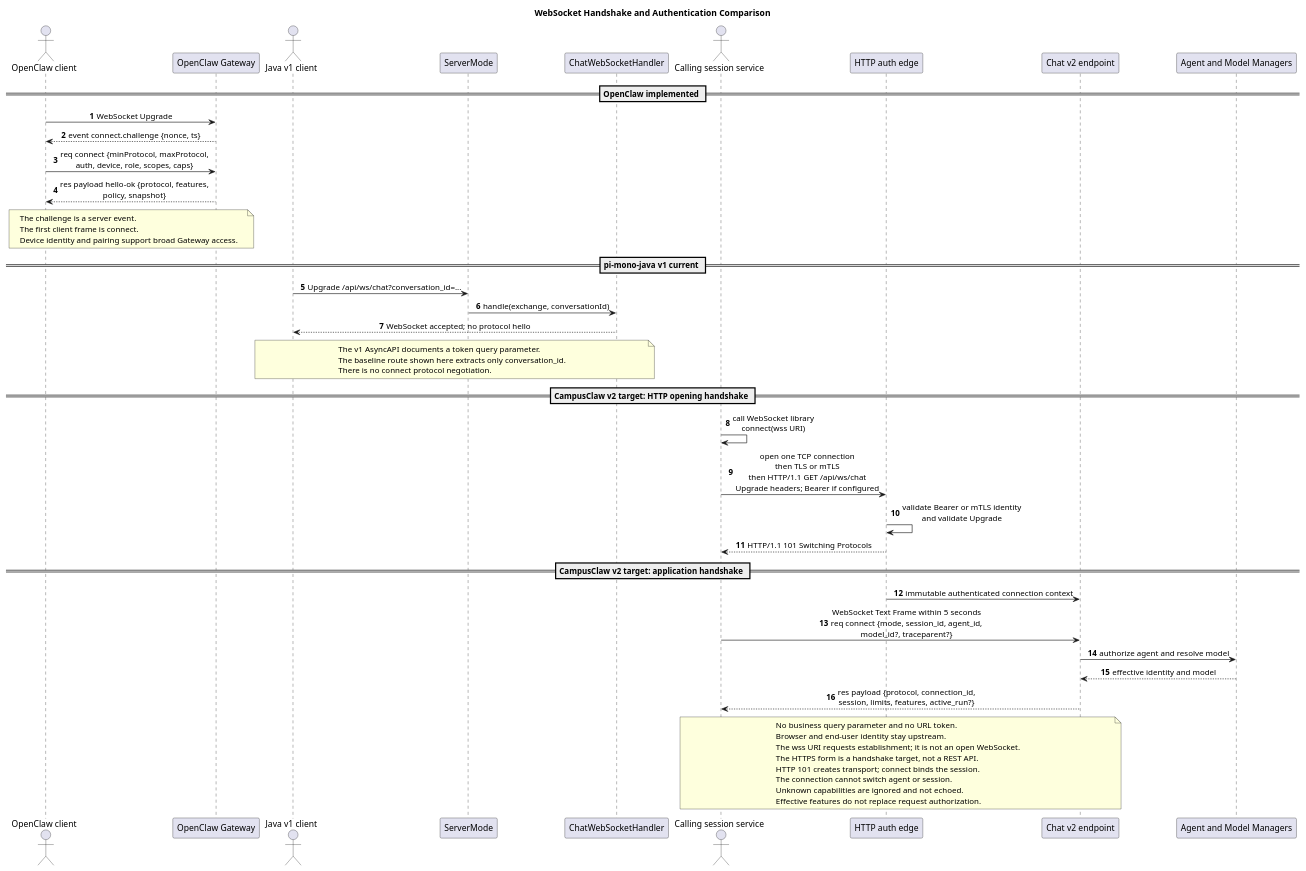
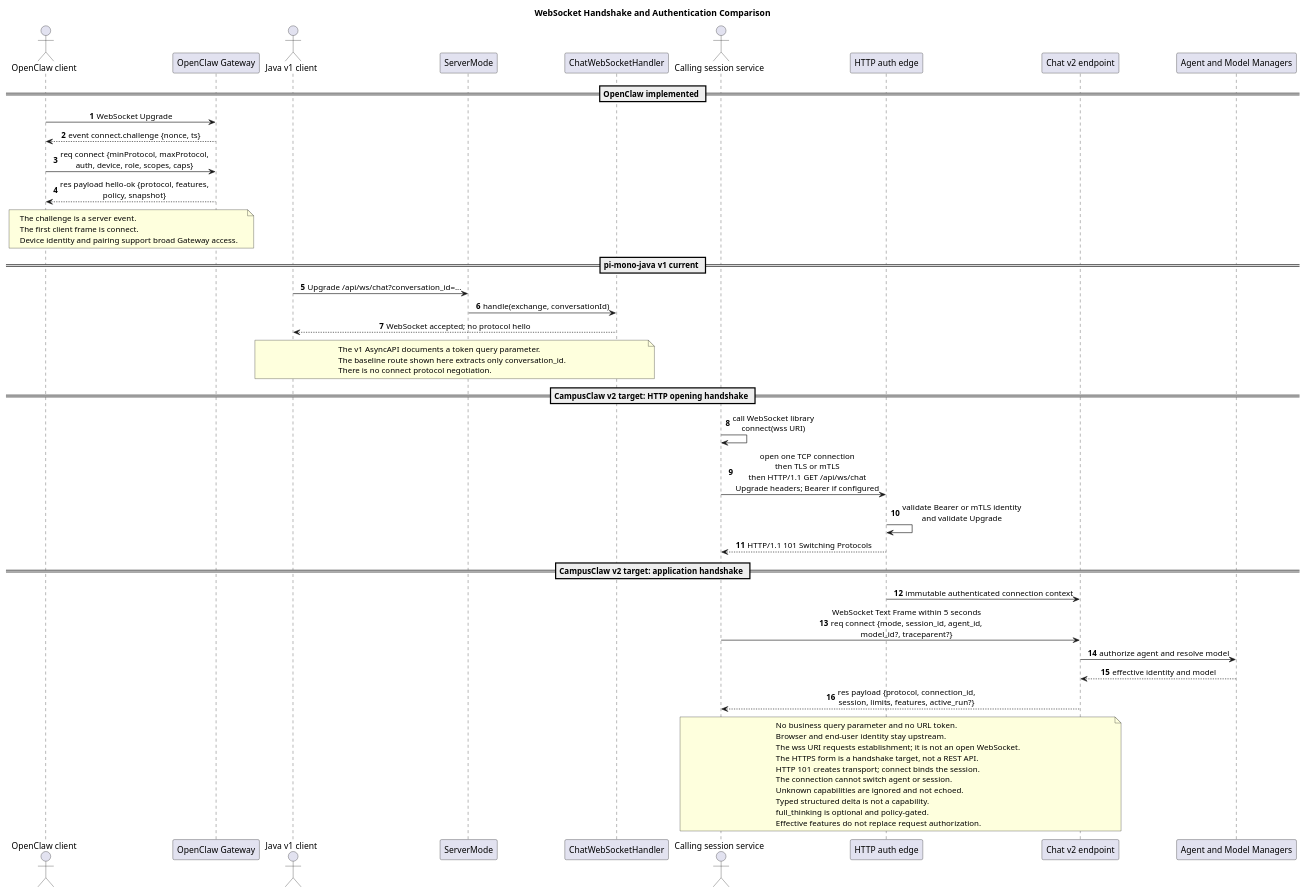
One commit to superheromeZzh/pi-mono-java-design changed the second of 4 diagrams in openclaw-campusclaw-websocket-comparison/diagram.puml. Above: the diagram before and after it, drawn with PlantUML. The commit also changed other lines of this file and 14 other files, not shown here.

```diff
--- a/openclaw-campusclaw-websocket-comparison/diagram.puml
+++ b/openclaw-campusclaw-websocket-comparison/diagram.puml
@@ -89,79 +91,82 @@
 @startuml websocket_handshake_comparison
 title WebSocket Handshake and Authentication Comparison
 
 ' OpenClaw baseline: b015925bc30f6a8363f290b07d5f8588e21422b8, Gateway Protocol v4
 ' Source: docs/gateway/protocol.md (Handshake, authentication, protocol versioning)
 ' Source: docs/gateway/clients.md (scopes, pairing, capabilities)
 ' Source: packages/gateway-protocol/src/schema/frames.ts (ConnectParamsSchema, HelloOkSchema)
 ' pi-mono-java baseline: 1f7a5423219edfa4519d8719f1cc8a188ed72873
 ' Source: modules/coding-agent-cli/src/main/java/com/campusclaw/codingagent/mode/server/ServerMode.java (configureRoutes)
 ' Source: docs/asyncapi/chat-ws.yaml (query parameters and v1 messages)
 ' Target source: pi-mono-java-manager-driven-multi-agent-runtime/chat-ws-v2.asyncapi.yaml
 ' Observed behavior: OpenClaw emits a challenge before the first client connect Request Frame.
 ' Current Java behavior: the route reads conversation_id and creates or resumes a session immediately.
 ' Target design: CampusClaw authenticates the Upgrade and then requires connect within five seconds.
 ' Target design: the Runtime authenticates the calling service with configured Bearer or mTLS, not the end user.
 ' Target design: a wss URI starts establishment; the WebSocket exists only after HTTP 101.
 ' Target design: HTTP 101 and the connect RequestFrame are different handshake layers.
+' Target design: typed structured delta is intrinsic to protocol v2; only full_thinking is optional.
 ' Design reason: service credentials stay in transport authentication and never enter chat payloads.
 
 skinparam backgroundColor #FFFFFF
 skinparam shadowing false
 skinparam sequenceMessageAlign center
 skinparam defaultFontName Arial
 autonumber
 
 actor "OpenClaw client" as OC
 participant "OpenClaw Gateway" as OG
 actor "Java v1 client" as JV1C
 participant "ServerMode" as SM
 participant "ChatWebSocketHandler" as CWH
 actor "Calling session service" as CC
 participant "HTTP auth edge" as EDGE
 participant "Chat v2 endpoint" as V2
 participant "Agent and Model Managers" as MGR
 
 == OpenClaw implemented ==
 OC -> OG : WebSocket Upgrade
 OG --> OC : event connect.challenge {nonce, ts}
 OC -> OG : req connect {minProtocol, maxProtocol,\nauth, device, role, scopes, caps}
 OG --> OC : res payload hello-ok {protocol, features,\npolicy, snapshot}
 note over OC,OG
 The challenge is a server event.
 The first client frame is connect.
 Device identity and pairing support broad Gateway access.
 end note
 
 == pi-mono-java v1 current ==
 JV1C -> SM : Upgrade /api/ws/chat?conversation_id=...
 SM -> CWH : handle(exchange, conversationId)
 CWH --> JV1C : WebSocket accepted; no protocol hello
 note over JV1C,CWH
 The v1 AsyncAPI documents a token query parameter.
 The baseline route shown here extracts only conversation_id.
 There is no connect protocol negotiation.
 end note
 
 == CampusClaw v2 target: HTTP opening handshake ==
 CC -> CC : call WebSocket library\nconnect(wss URI)
 CC -> EDGE : open one TCP connection\nthen TLS or mTLS\nthen HTTP/1.1 GET /api/ws/chat\nUpgrade headers; Bearer if configured
 EDGE -> EDGE : validate Bearer or mTLS identity\nand validate Upgrade
 EDGE --> CC : HTTP/1.1 101 Switching Protocols
 
 == CampusClaw v2 target: application handshake ==
 EDGE -> V2 : immutable authenticated connection context
 CC -> V2 : WebSocket Text Frame within 5 seconds\nreq connect {mode, session_id, agent_id,\nmodel_id?, traceparent?}
 V2 -> MGR : authorize agent and resolve model
 MGR --> V2 : effective identity and model
 V2 --> CC : res payload {protocol, connection_id,\nsession, limits, features, active_run?}
 note over CC,V2
 No business query parameter and no URL token.
 Browser and end-user identity stay upstream.
 The wss URI requests establishment; it is not an open WebSocket.
 The HTTPS form is a handshake target, not a REST API.
 HTTP 101 creates transport; connect binds the session.
 The connection cannot switch agent or session.
 Unknown capabilities are ignored and not echoed.
+Typed structured delta is not a capability.
+full_thinking is optional and policy-gated.
 Effective features do not replace request authorization.
 end note
 @enduml
```
